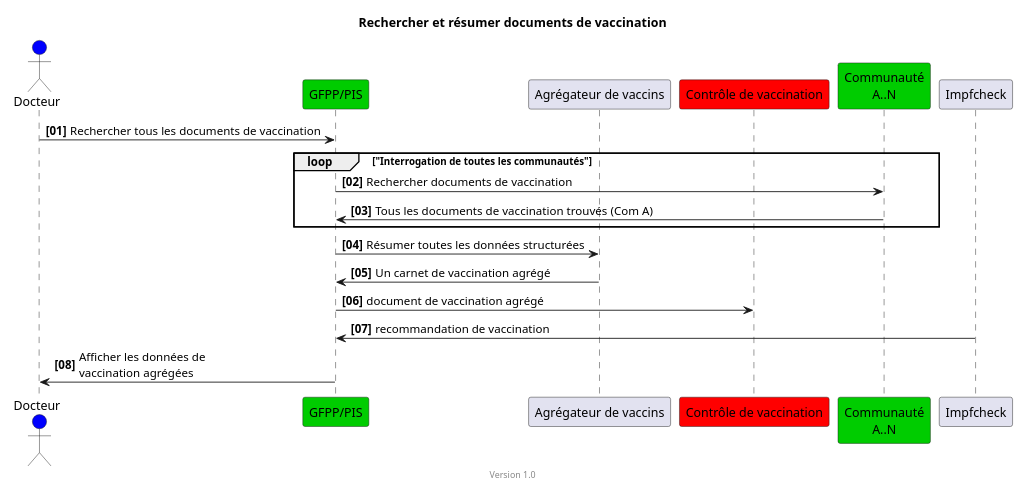
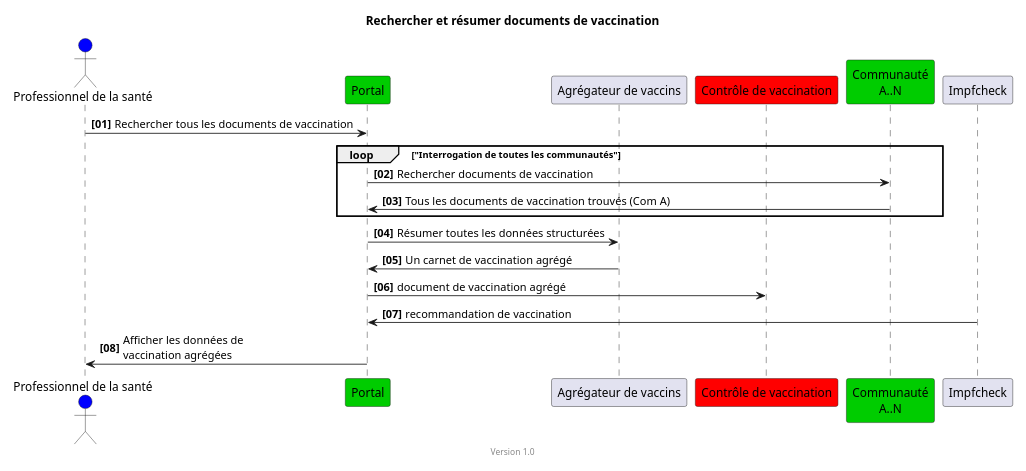
The diagram in input/images-source/epd-impfcheck-vaccination-docs-simple-fr.plantuml (hl7ch/ch-vacd), drawn with PlantUML before and after one commit. The commit also changed 12 other files, not shown here.

```diff
--- a/input/images-source/epd-impfcheck-vaccination-docs-simple-fr.plantuml
+++ b/input/images-source/epd-impfcheck-vaccination-docs-simple-fr.plantuml
@@ -1,27 +1,27 @@
 @startuml
 title Rechercher et résumer documents de vaccination
 footer Version 1.0
 skinparam responseMessageBelowArrow true
 scale max 800 width
 
-actor Docteur #blue
-participant "GFPP/PIS" #00CC00
+actor "Professionnel de la santé" AS Docteur #blue
+participant "Portal" #00CC00
 participant "Agrégateur de vaccins"
 participant "Contrôle de vaccination" #red
 
 participant "Communauté\nA..N" #00CC00
 
 autonumber "<b>[00]"
-Docteur -> "GFPP/PIS": Rechercher tous les documents de vaccination
+Docteur -> "Portal": Rechercher tous les documents de vaccination
 loop "Interrogation de toutes les communautés"
-"GFPP/PIS" -> "Communauté\nA..N": Rechercher documents de vaccination
-"Communauté\nA..N" -> "GFPP/PIS": Tous les documents de vaccination trouvés (Com A)
+"Portal" -> "Communauté\nA..N": Rechercher documents de vaccination
+"Communauté\nA..N" -> "Portal": Tous les documents de vaccination trouvés (Com A)
 end
-"GFPP/PIS" -> "Agrégateur de vaccins": Résumer toutes les données structurées
-"Agrégateur de vaccins" ->  "GFPP/PIS": Un carnet de vaccination agrégé
-' "GFPP/PIS" -> "GFPP/PIS": pseudonymiser
-"GFPP/PIS" ->  "Contrôle de vaccination": document de vaccination agrégé
-"Impfcheck" -> "GFPP/PIS": recommandation de vaccination
-"GFPP/PIS" -> Docteur: Afficher les données de\nvaccination agrégées
+"Portal" -> "Agrégateur de vaccins": Résumer toutes les données structurées
+"Agrégateur de vaccins" ->  "Portal": Un carnet de vaccination agrégé
+' "Portal" -> "Portal": pseudonymiser
+"Portal" ->  "Contrôle de vaccination": document de vaccination agrégé
+"Impfcheck" -> "Portal": recommandation de vaccination
+"Portal" -> Docteur: Afficher les données de\nvaccination agrégées
 
 @enduml
```
